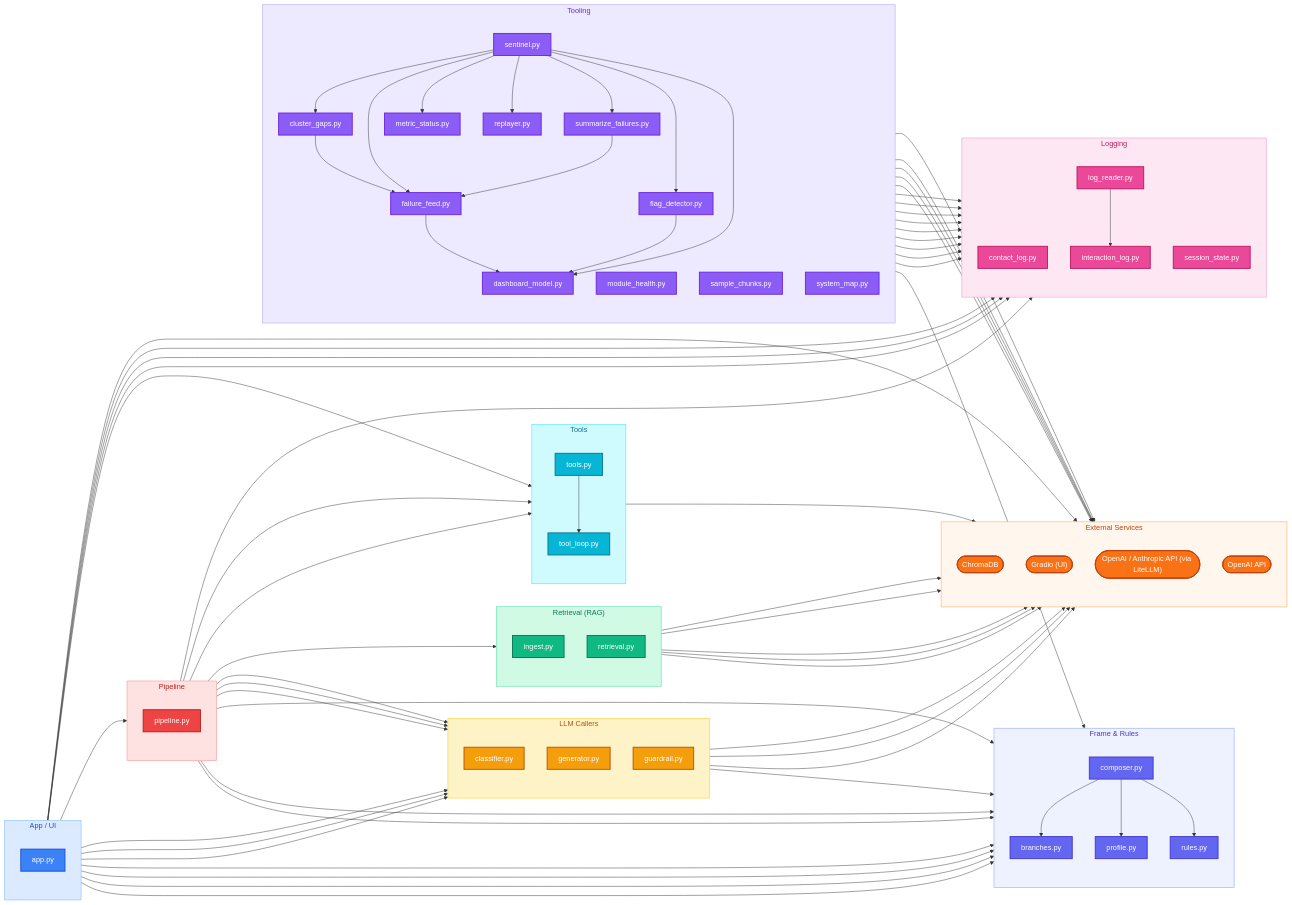
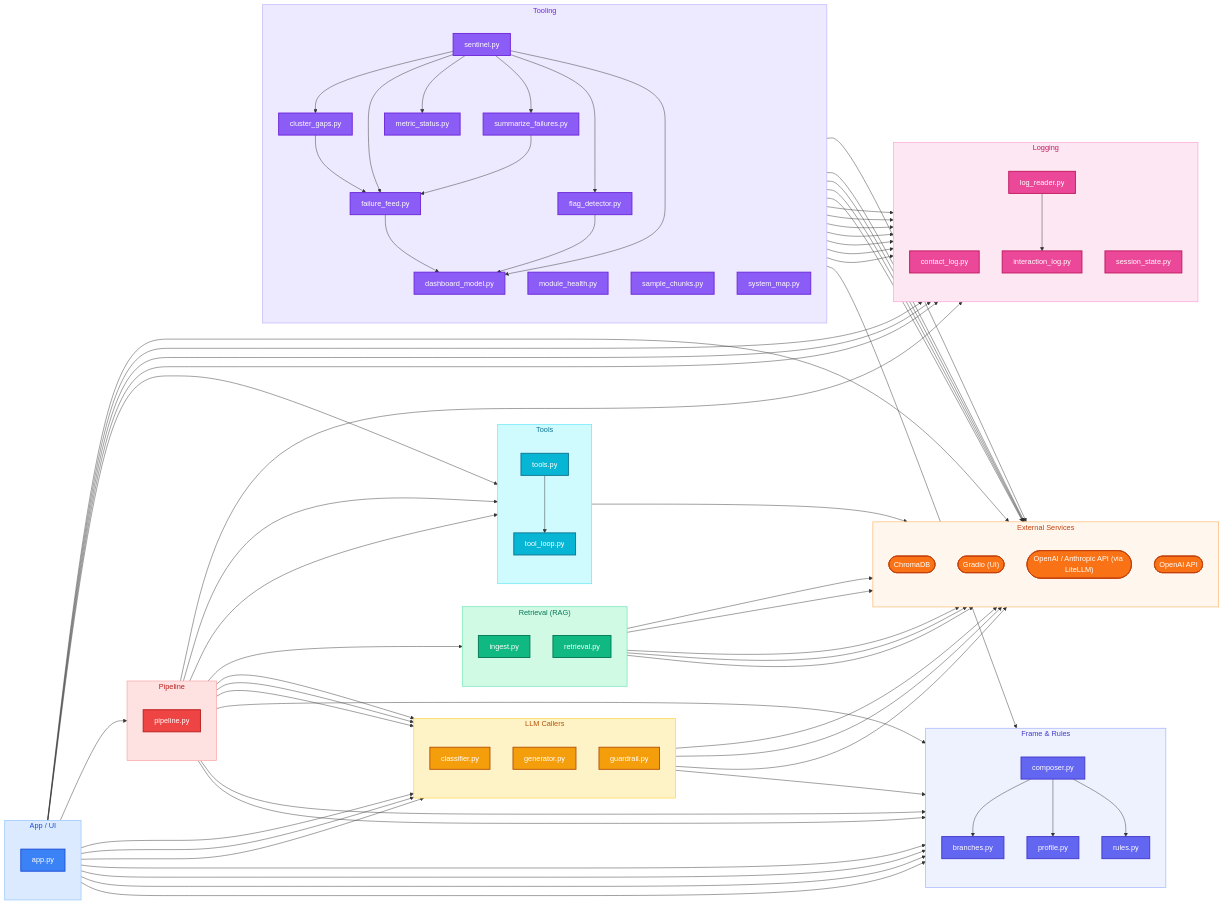
One commit to AlejandroFuentePinero/digital-twin changed the second of 2 diagrams in docs/MAP.md. Above: the diagram before and after it, drawn with Mermaid. The commit also changed other lines of this file and 7 other files, not shown here.

```diff
--- a/docs/MAP.md
+++ b/docs/MAP.md
@@ -142,7 +142,6 @@
     flag_detector["flag_detector.py"]:::tooling
     metric_status["metric_status.py"]:::tooling
     module_health["module_health.py"]:::tooling
-    replayer["replayer.py"]:::tooling
     sample_chunks["sample_chunks.py"]:::tooling
     sentinel["sentinel.py"]:::tooling
     summarize_failures["summarize_failures.py"]:::tooling
@@ -191,18 +190,15 @@
   pipeline --> retrieval
   pipeline --> rules
   pipeline --> tools
-  replayer --> interaction_log
-  replayer --> log_reader
   sentinel --> branches
   sentinel --> cluster_gaps
+  sentinel --> summarize_failures
   sentinel --> dashboard_model
   sentinel --> flag_detector
-  sentinel --> summarize_failures
   sentinel --> failure_feed
   sentinel --> interaction_log
   sentinel --> log_reader
   sentinel --> metric_status
-  sentinel --> replayer
   summarize_failures --> failure_feed
   summarize_failures --> interaction_log
   tools --> tool_loop
```
